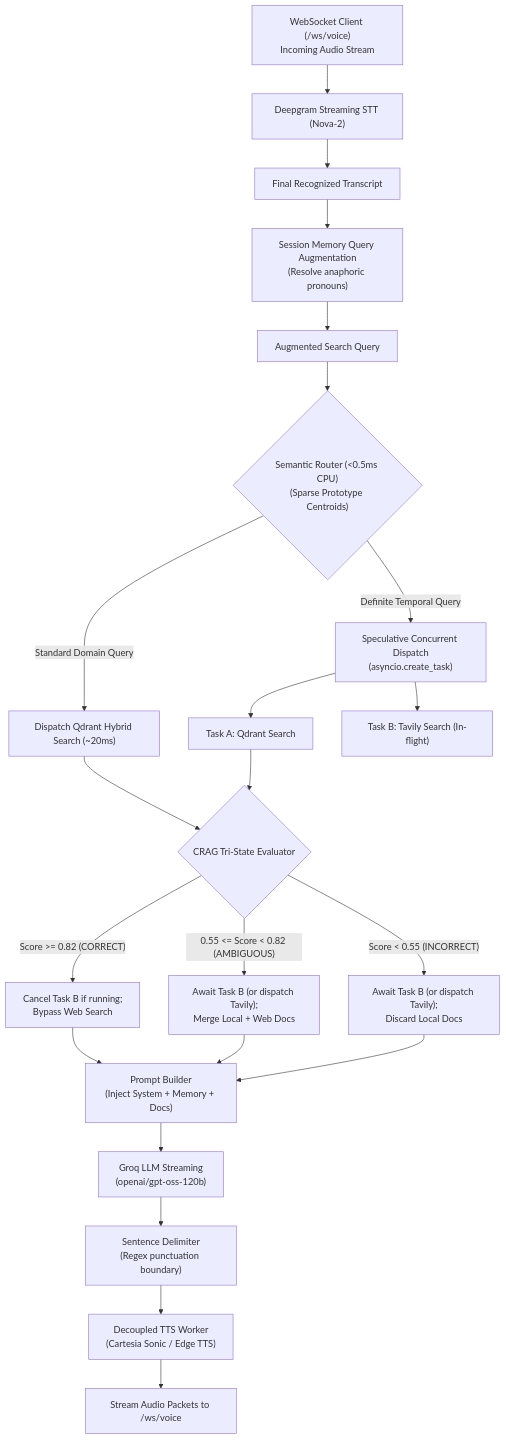
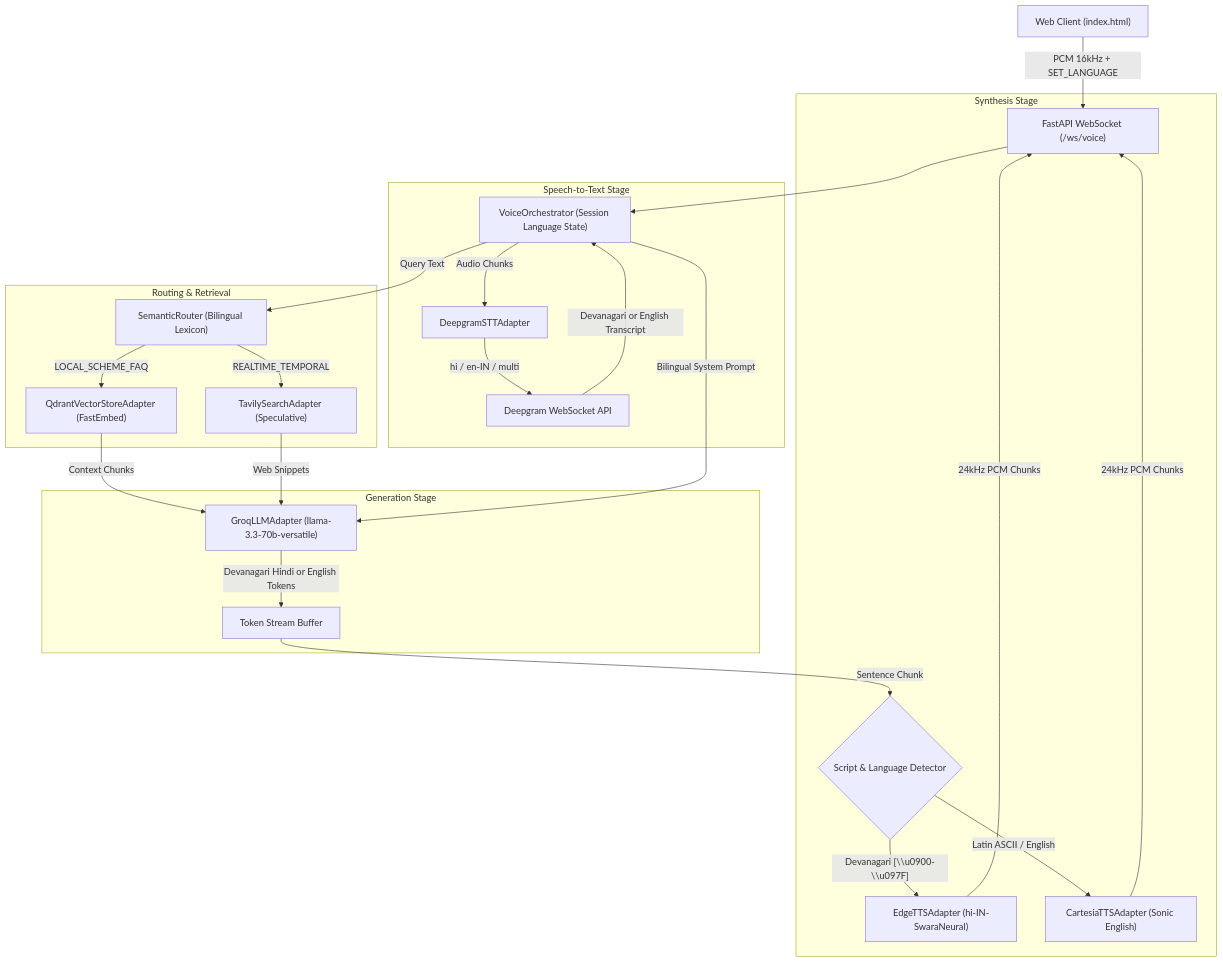
Before and after one commit to machinoAI/sahayak-voice-assistant: the diagram in design_draft.md, drawn with Mermaid. The commit also changed other lines of this file and 6 other files, not shown here.

Commit message:
feat(multilingual): implement Phase 1 - config and bilingual semantic router with Devanagari seeds

````diff
--- a/design_draft.md
+++ b/design_draft.md
@@ -89,32 +88,32 @@
 ```mermaid
 flowchart TD
-    UserAudio["WebSocket Client (/ws/voice)\nIncoming Audio Stream"] --> STT["Deepgram Streaming STT (Nova-2)"]
-    STT --> FinalTranscript["Final Recognized Transcript"]
+    UI["Web Client (index.html)"] -->|"PCM 16kHz + SET_LANGUAGE"| WS["FastAPI WebSocket (/ws/voice)"]
+    WS --> ORCH["VoiceOrchestrator (Session Language State)"]
     
-    FinalTranscript --> SessionMem["Session Memory Query Augmentation\n(Resolve anaphoric pronouns)"]
-    SessionMem --> AugmentedQuery["Augmented Search Query"]
-    
-    AugmentedQuery --> SemanticRouter{"Semantic Router (<0.5ms CPU)\n(Sparse Prototype Centroids)"}
-    
-    SemanticRouter -- "Definite Temporal Query" --> SpeculativeFork["Speculative Concurrent Dispatch\n(asyncio.create_task)"]
-    SemanticRouter -- "Standard Domain Query" --> QdrantOnly["Dispatch Qdrant Hybrid Search (~20ms)"]
-    
-    SpeculativeFork --> TaskA["Task A: Qdrant Search"]
-    SpeculativeFork --> TaskB["Task B: Tavily Search (In-flight)"]
-    
-    QdrantOnly --> CRAGEval{"CRAG Tri-State Evaluator"}
-    TaskA --> CRAGEval
-    
-    CRAGEval -- "Score >= 0.82 (CORRECT)" --> CancelTavily["Cancel Task B if running;\nBypass Web Search"]
-    CRAGEval -- "0.55 <= Score < 0.82 (AMBIGUOUS)" --> AwaitTavily["Await Task B (or dispatch Tavily);\nMerge Local + Web Docs"]
-    CRAGEval -- "Score < 0.55 (INCORRECT)" --> PureTavily["Await Task B (or dispatch Tavily);\nDiscard Local Docs"]
-    
-    CancelTavily --> PromptBuilder["Prompt Builder\n(Inject System + Memory + Docs)"]
-    AwaitTavily --> PromptBuilder
-    PureTavily --> PromptBuilder
-    
-    PromptBuilder --> GroqStream["Groq LLM Streaming\n(openai/gpt-oss-120b)"]
-    GroqStream --> SentenceSplitter["Sentence Delimiter\n(Regex punctuation boundary)"]
-    SentenceSplitter --> TTSWorker["Decoupled TTS Worker\n(Cartesia Sonic / Edge TTS)"]
-    TTSWorker --> OutputAudio["Stream Audio Packets to /ws/voice"]
+    subgraph STT ["Speech-to-Text Stage"]
+        ORCH -->|"Audio Chunks"| DG["DeepgramSTTAdapter"]
+        DG -->|"hi / en-IN / multi"| DGW["Deepgram WebSocket API"]
+        DGW -->|"Devanagari or English Transcript"| ORCH
+    end
+
+    subgraph Routing ["Routing & Retrieval"]
+        ORCH -->|"Query Text"| ROUTER["SemanticRouter (Bilingual Lexicon)"]
+        ROUTER -->|"LOCAL_SCHEME_FAQ"| QDRANT["QdrantVectorStoreAdapter (FastEmbed)"]
+        ROUTER -->|"REALTIME_TEMPORAL"| TAVILY["TavilySearchAdapter (Speculative)"]
+    end
+
+    subgraph LLM ["Generation Stage"]
+        QDRANT -->|"Context Chunks"| GROQ["GroqLLMAdapter (llama-3.3-70b-versatile)"]
+        TAVILY -->|"Web Snippets"| GROQ
+        ORCH -->|"Bilingual System Prompt"| GROQ
+        GROQ -->|"Devanagari Hindi or English Tokens"| DEC["Token Stream Buffer"]
+    end
+
+    subgraph TTS ["Synthesis Stage"]
+        DEC -->|"Sentence Chunk"| SCRIPT_DET{"Script & Language Detector"}
+        SCRIPT_DET -->|"Devanagari [\\u0900-\\u097F]"| EDGE["EdgeTTSAdapter (hi-IN-SwaraNeural)"]
+        SCRIPT_DET -->|"Latin ASCII / English"| CARTESIA["CartesiaTTSAdapter (Sonic English)"]
+        EDGE -->|"24kHz PCM Chunks"| WS
+        CARTESIA -->|"24kHz PCM Chunks"| WS
+    end
 ```
````
